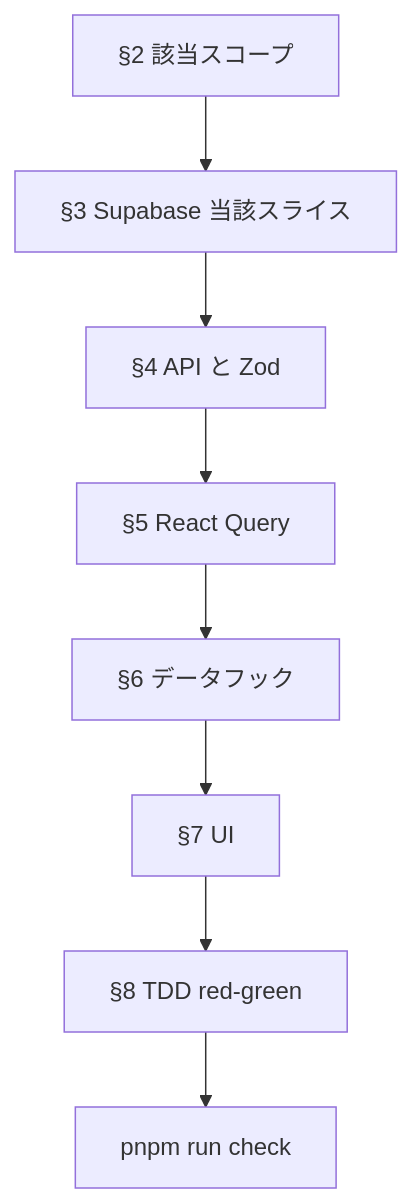
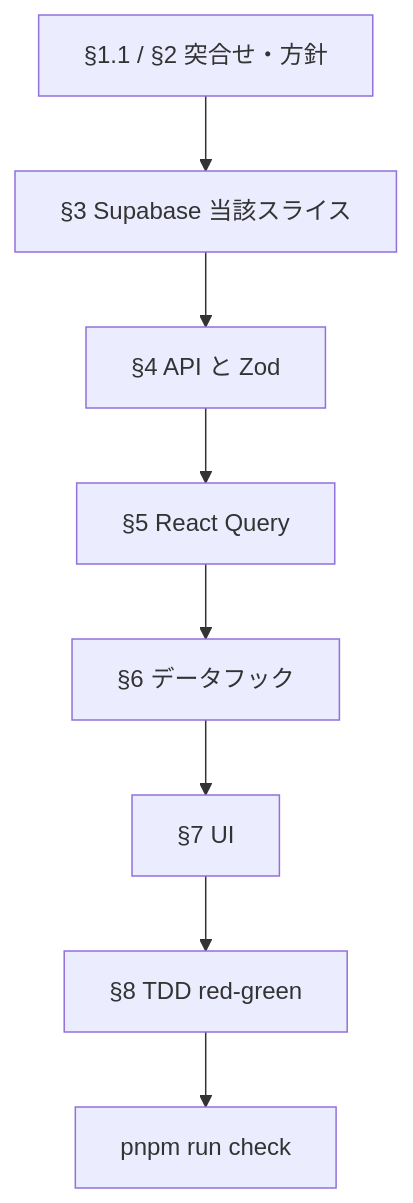
One commit to sooom1627/linkcache changed the first of 2 diagrams in docs/features/dashboard-overview-user-stories-execution-plan.md. Above: the diagram before and after it, drawn with Mermaid. The commit also changed other lines of this file and 1 other file, not shown here.

````diff
--- a/docs/features/dashboard-overview-user-stories-execution-plan.md
+++ b/docs/features/dashboard-overview-user-stories-execution-plan.md
@@ -137,12 +196,12 @@
 ```mermaid
 flowchart TD
-  spec["§2 該当スコープ"]
+  spec["§1.1 / §2 突合せ・方針"]
   db["§3 Supabase 当該スライス"]
   api["§4 API と Zod"]
   rq["§5 React Query"]
   hook["§6 データフック"]
   ui["§7 UI"]
   test["§8 TDD red-green"]
   check["pnpm run check"]
   spec --> db --> api --> rq --> hook --> ui --> test --> check
 ```
````
